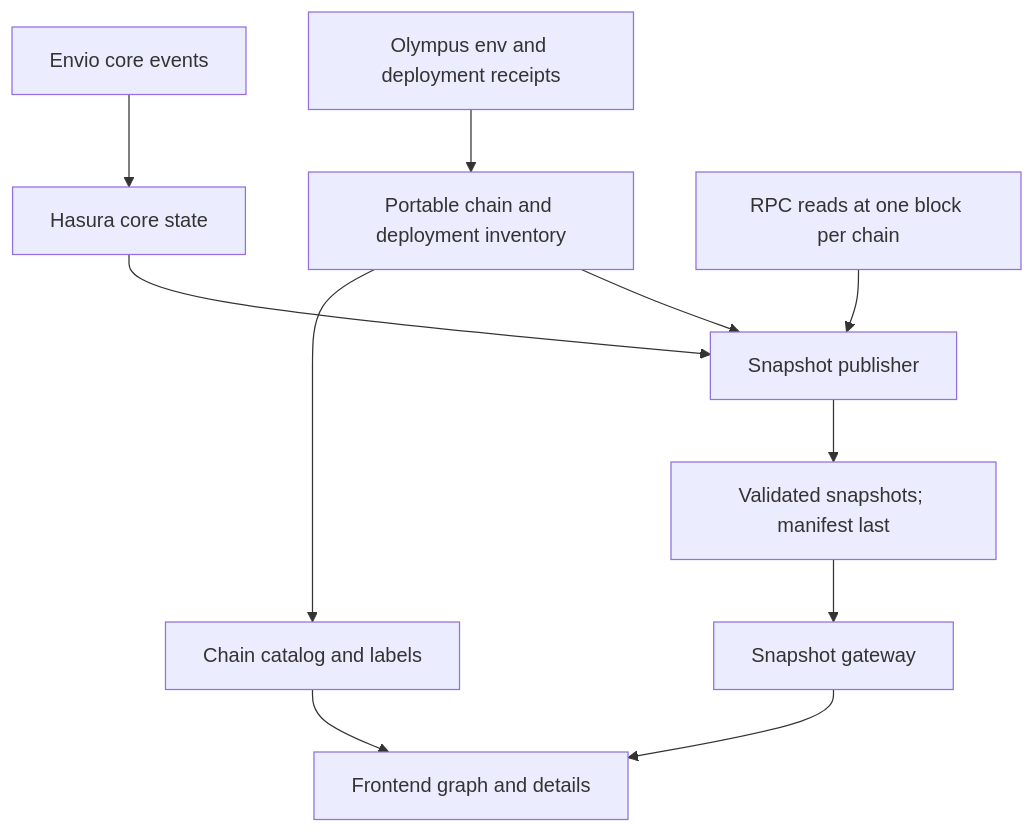
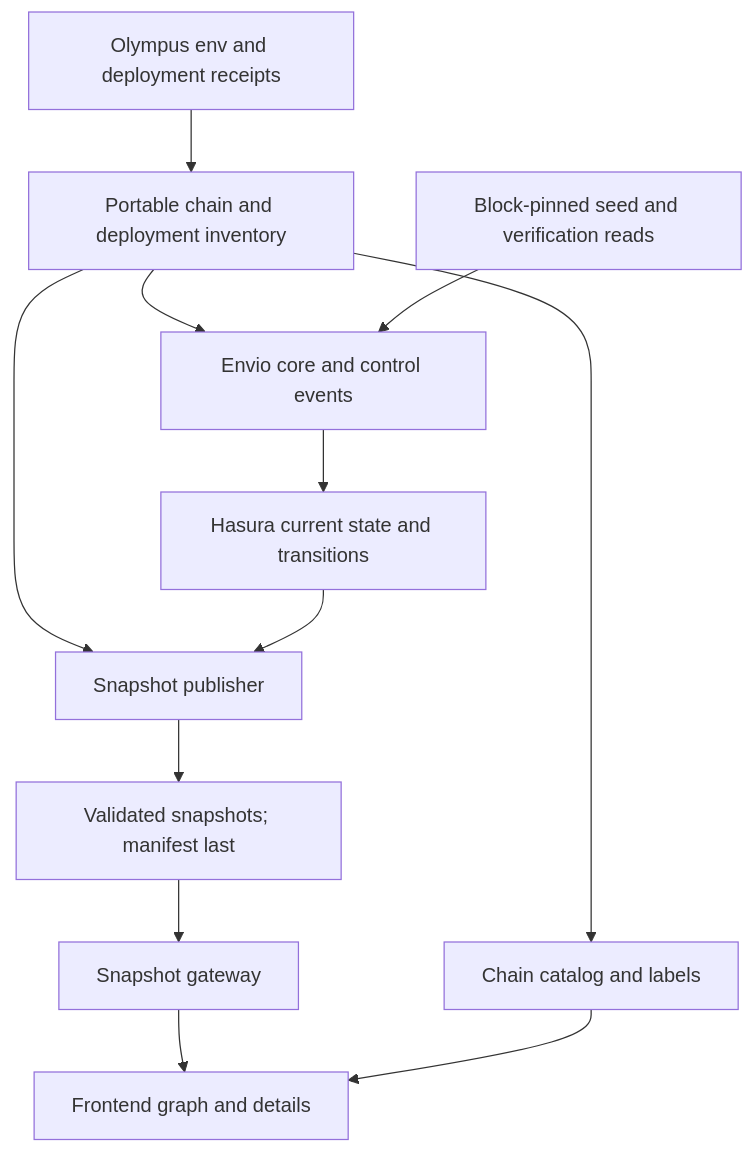
One commit to OlympusDAO/protocol-visualizer changed the first of 3 diagrams in docs/plans/2026-10-22-1252-feat-chain-state-authority-plan.md. Above: the diagram before and after it, drawn with Mermaid. The commit also changed other lines of this file, not shown here.

````diff
--- a/docs/plans/2026-10-22-1252-feat-chain-state-authority-plan.md
+++ b/docs/plans/2026-10-22-1252-feat-chain-state-authority-plan.md
@@ -128,10 +139,11 @@
 ```mermaid
 flowchart TB
   E["Olympus env and deployment receipts"] --> I["Portable chain and deployment inventory"]
   I --> C["Chain catalog and labels"]
+  I --> X["Envio core and control events"]
   I --> P["Snapshot publisher"]
-  X["Envio core events"] --> H["Hasura core state"] --> P
-  R["RPC reads at one block per chain"] --> P
+  R["Block-pinned seed and verification reads"] --> X
+  X --> H["Hasura current state and transitions"] --> P
   P --> S["Validated snapshots; manifest last"] --> G["Snapshot gateway"] --> U["Frontend graph and details"]
   C --> U
 ```
````
